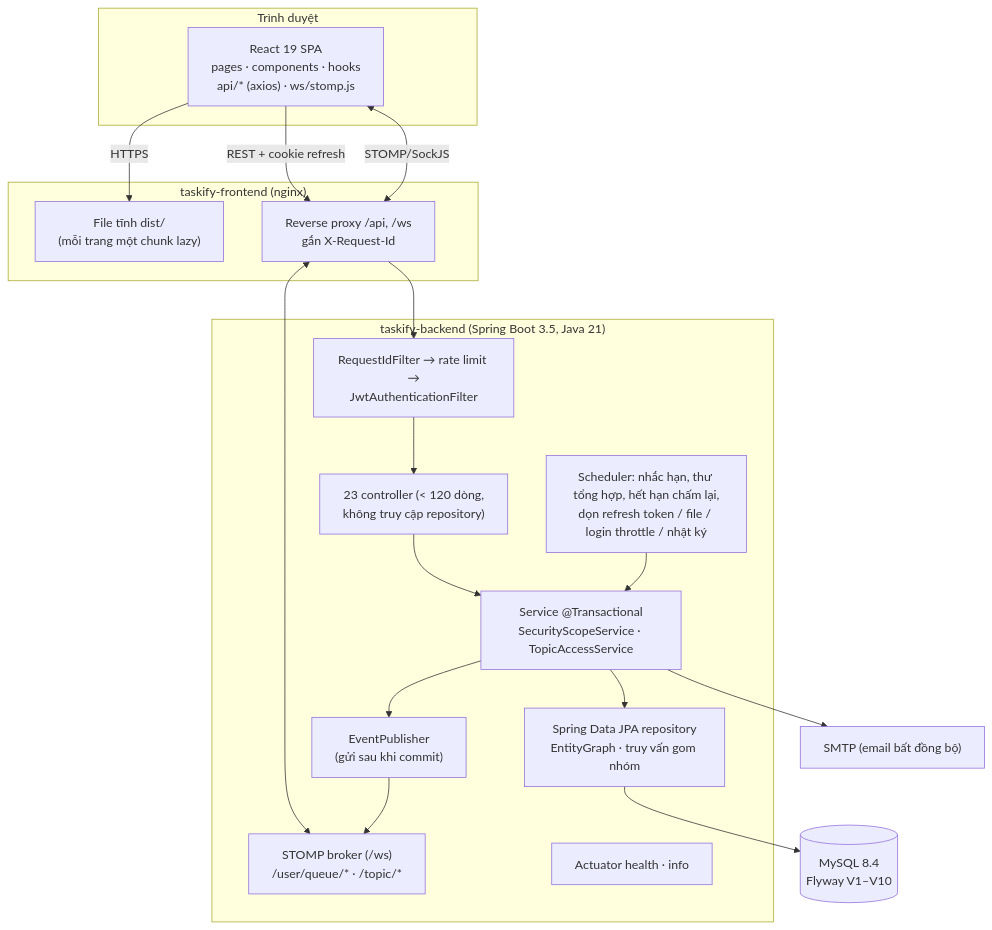
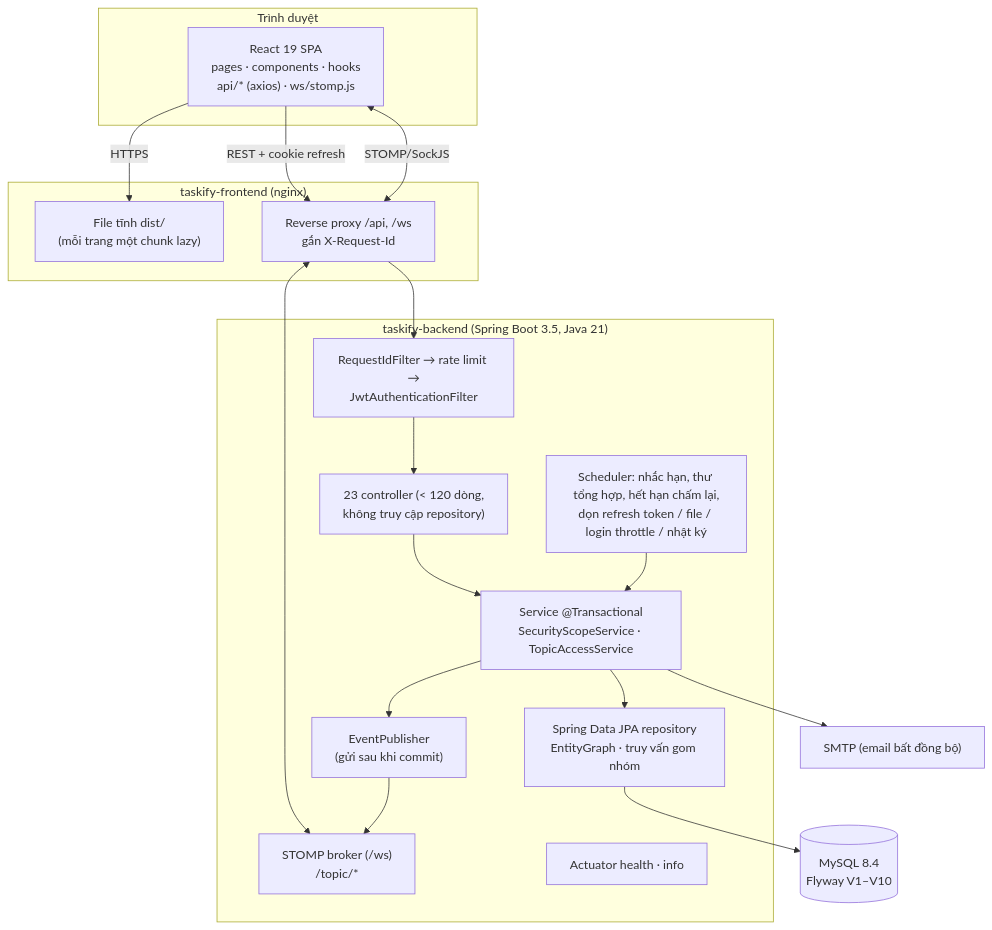
The first of 7 diagrams in docs/ARCHITECTURE.md (NguyenTanSang2210/Taskify), drawn with Mermaid before and after one commit. The commit also changed other lines of this file and 48 other files, not shown here.

````diff
--- a/docs/ARCHITECTURE.md
+++ b/docs/ARCHITECTURE.md
@@ -7,33 +7,33 @@
 ```mermaid
 flowchart TB
   subgraph Client["Trình duyệt"]
     SPA["React 19 SPA<br/>pages · components · hooks<br/>api/* (axios) · ws/stomp.js"]
   end
 
   subgraph FE["taskify-frontend (nginx)"]
     STATIC["File tĩnh dist/<br/>(mỗi trang một chunk lazy)"]
     PROXY["Reverse proxy /api, /ws<br/>gắn X-Request-Id"]
   end
 
   subgraph BE["taskify-backend (Spring Boot 3.5, Java 21)"]
     FILTERS["RequestIdFilter → rate limit →<br/>JwtAuthenticationFilter"]
     CTRL["23 controller (< 120 dòng,<br/>không truy cập repository)"]
     SVC["Service @Transactional<br/>SecurityScopeService · TopicAccessService"]
     REPO["Spring Data JPA repository<br/>EntityGraph · truy vấn gom nhóm"]
-    WS["STOMP broker (/ws)<br/>/user/queue/* · /topic/*"]
+    WS["STOMP broker (/ws)<br/>/topic/*"]
     EVT["EventPublisher<br/>(gửi sau khi commit)"]
     JOBS["Scheduler: nhắc hạn, thư tổng hợp, hết hạn chấm lại,<br/>dọn refresh token / file / login throttle / nhật ký"]
     ACT["Actuator health · info"]
   end
 
   DB[("MySQL 8.4<br/>Flyway V1–V10")]
   MAIL["SMTP (email bất đồng bộ)"]
 
   SPA -->|HTTPS| STATIC
   SPA -->|REST + cookie refresh| PROXY --> FILTERS --> CTRL --> SVC --> REPO --> DB
   SPA <-->|STOMP/SockJS| PROXY
   PROXY <--> WS
   SVC --> EVT --> WS
   SVC --> MAIL
   JOBS --> SVC
 ```
````
